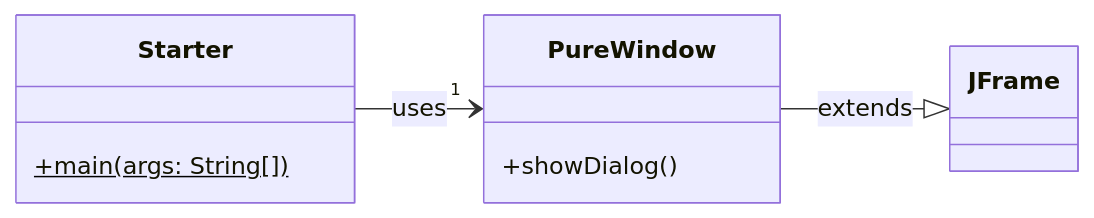
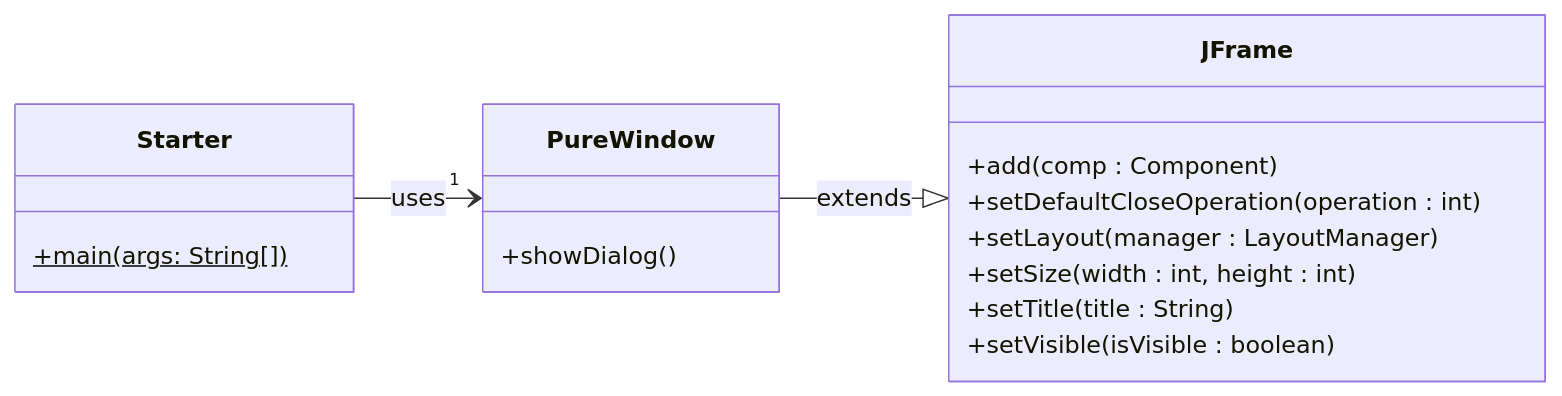
One commit to codingluke/bbzbl-modul-404 changed the diagram in docs/aufgaben-swing/fenster.md. Above: the diagram before and after it, drawn with Mermaid. The commit also changed 1 other file, not shown here.

Commit message:
More UML

````diff
--- a/docs/aufgaben-swing/fenster.md
+++ b/docs/aufgaben-swing/fenster.md
@@ -11,14 +11,21 @@
 ```mermaid
 classDiagram
   direction LR
-  class JFrame
+  class JFrame {
+   +add(comp : Component)
+   +setDefaultCloseOperation(operation : int)
+   +setLayout(manager : LayoutManager)
+   +setSize(width : int, height : int)
+   +setTitle(title : String)
+   +setVisible(isVisible : boolean)
+  }
   class Starter {
     +main(args: String[])$
   }
   class PureWindow {
     +showDialog()
   }
 
   Starter --> "1" PureWindow : uses
   PureWindow --|> JFrame : extends
 ```
````
